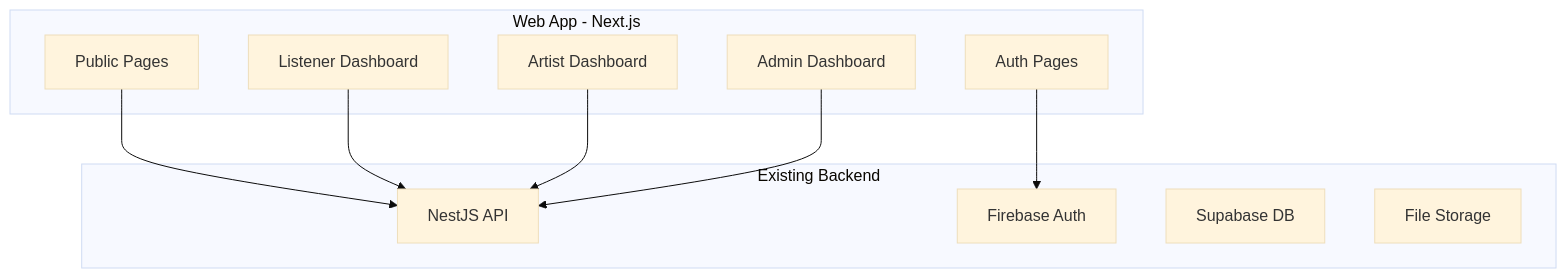
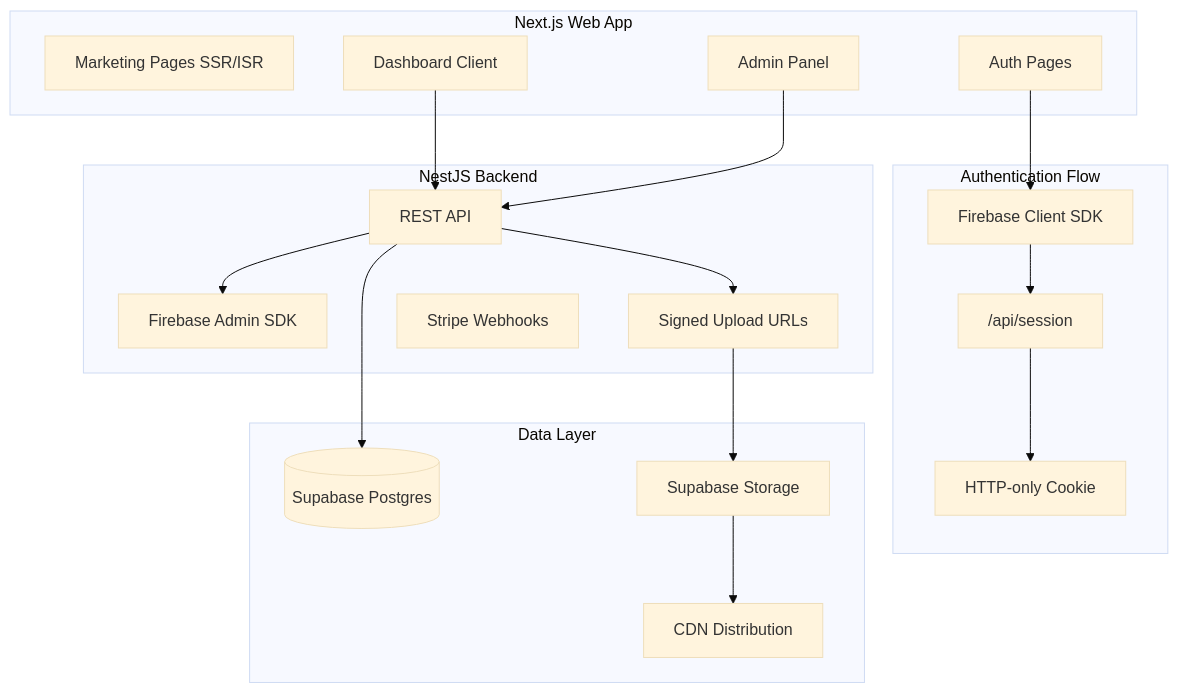
The first of 3 diagrams in .cursor/plans/Web_App_Implementation_Plan.plan.md (Tmaku18/RADIOapp), drawn with Mermaid (base theme) before and after one commit. The commit also changed other lines of this file, not shown here.

Commit message:
docs: Update web app plan to v2 with session auth, signed uploads, and phased rollout

````diff
--- a/.cursor/plans/Web_App_Implementation_Plan.plan.md
+++ b/.cursor/plans/Web_App_Implementation_Plan.plan.md
@@ -51,23 +65,39 @@
 ```mermaid
 graph TD
-    subgraph web [Web App - Next.js]
-        Public[Public Pages]
-        Auth[Auth Pages]
-        Listener[Listener Dashboard]
-        Artist[Artist Dashboard]
-        Admin[Admin Dashboard]
+    subgraph web [Next.js Web App]
+        Marketing[Marketing Pages SSR/ISR]
+        AuthPages[Auth Pages]
+        Dashboard[Dashboard Client]
+        AdminPanel[Admin Panel]
     end
     
-    subgraph backend [Existing Backend]
-        API[NestJS API]
-        Firebase[Firebase Auth]
-        Supabase[Supabase DB]
-        Storage[File Storage]
+    subgraph auth [Authentication Flow]
+        FirebaseClient[Firebase Client SDK]
+        SessionAPI["/api/session"]
+        SessionCookie[HTTP-only Cookie]
     end
     
-    Public --> API
-    Auth --> Firebase
-    Listener --> API
-    Artist --> API
-    Admin --> API
+    subgraph backend [NestJS Backend]
+        API[REST API]
+        FirebaseAdmin[Firebase Admin SDK]
+        SignedURLs[Signed Upload URLs]
+        StripeWebhook[Stripe Webhooks]
+    end
+    
+    subgraph storage [Data Layer]
+        Supabase[(Supabase Postgres)]
+        SupaStorage[Supabase Storage]
+        CDN[CDN Distribution]
+    end
+    
+    AuthPages --> FirebaseClient
+    FirebaseClient --> SessionAPI
+    SessionAPI --> SessionCookie
+    Dashboard --> API
+    AdminPanel --> API
+    API --> FirebaseAdmin
+    API --> SignedURLs
+    SignedURLs --> SupaStorage
+    SupaStorage --> CDN
+    API --> Supabase
 ```
````
